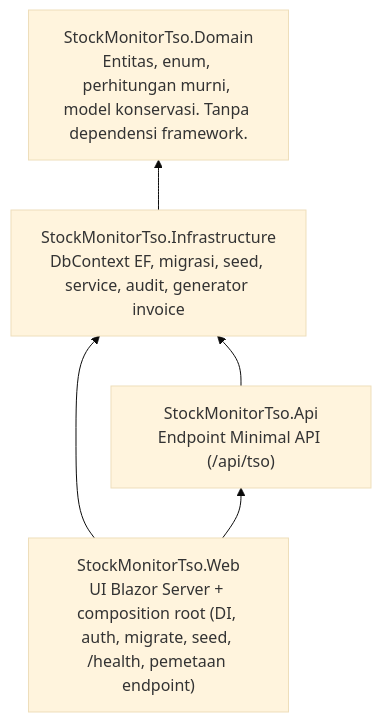
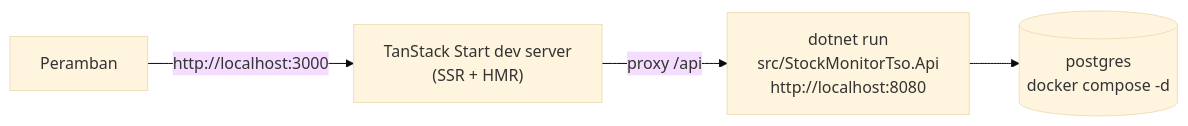
One commit to dzulfiqois/stock-monitoring-tso changed the second of 2 diagrams in arsitektur/01-topologi.md. Above: the diagram before and after it, drawn with Mermaid (base theme). The commit also changed other lines of this file and 208 other files, not shown here.

````diff
--- a/arsitektur/01-topologi.md
+++ b/arsitektur/01-topologi.md
@@ -67,11 +66,6 @@
 ```mermaid
-flowchart BT
-    WEB["StockMonitorTso.Web<br/>UI Blazor Server + composition root (DI, auth, migrate, seed, /health, pemetaan endpoint)"]
-    API["StockMonitorTso.Api<br/>Endpoint Minimal API (/api/tso)"]
-    INFRA["StockMonitorTso.Infrastructure<br/>DbContext EF, migrasi, seed, service, audit, generator invoice"]
-    DOMAIN["StockMonitorTso.Domain<br/>Entitas, enum, perhitungan murni, model konservasi. Tanpa dependensi framework."]
-    WEB --> API
-    WEB --> INFRA
-    API --> INFRA
-    INFRA --> DOMAIN
+flowchart LR
+    DEV["Peramban"] -->|"http://localhost:3000"| VITE["TanStack Start dev server<br/>(SSR + HMR)"]
+    VITE -->|"proxy /api"| API["dotnet run<br/>src/StockMonitorTso.Api<br/>http://localhost:8080"]
+    API --> PGD[("postgres<br/>docker compose -d")]
 ```
````
